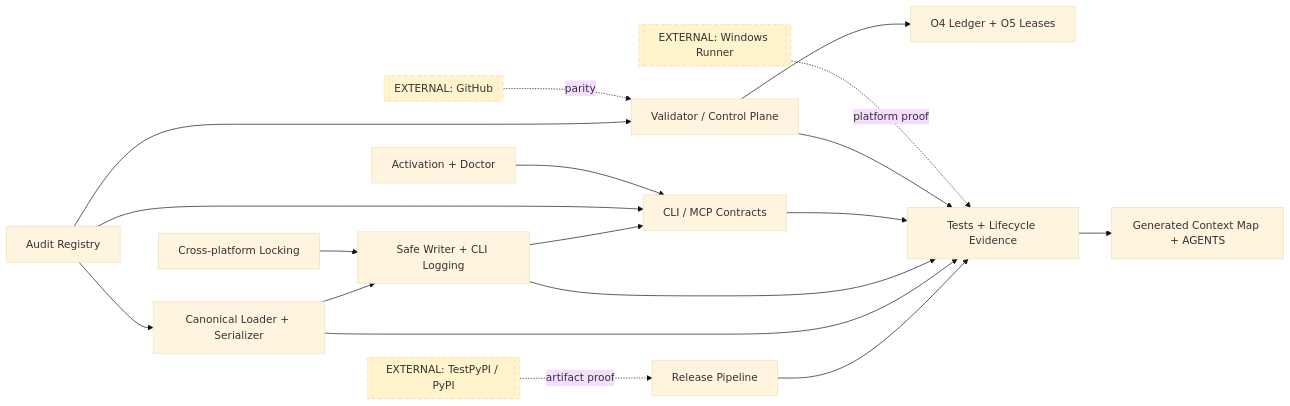
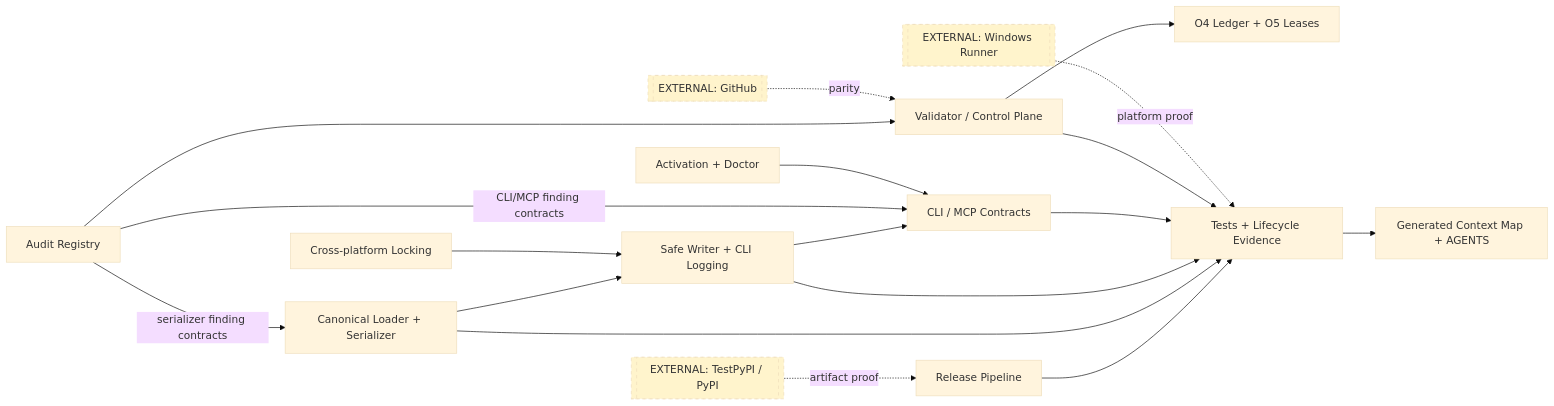
The first of 2 diagrams in docs/specs/project-ontos-audit-rebaseline-remediation-spec.md (ohjonathan/Project-Ontos), drawn with Mermaid (base theme) before and after one commit. The commit also changed other lines of this file, not shown here.

````diff
--- a/docs/specs/project-ontos-audit-rebaseline-remediation-spec.md
+++ b/docs/specs/project-ontos-audit-rebaseline-remediation-spec.md
@@ -213,22 +217,22 @@
 ```mermaid
 flowchart LR
   A["Audit Registry"] --> V["Validator / Control Plane"]
   V --> L["O4 Ledger + O5 Leases"]
   S["Canonical Loader + Serializer"] --> W["Safe Writer + CLI Logging"]
   W --> C["CLI / MCP Contracts"]
-  A --> S
-  A --> C
+  A -->|"serializer finding contracts"| S
+  A -->|"CLI/MCP finding contracts"| C
   X["Activation + Doctor"] --> C
   K["Cross-platform Locking"] --> W
   P["Release Pipeline"] --> T["Tests + Lifecycle Evidence"]
   S --> T
   W --> T
   C --> T
   V --> T
   T --> M["Generated Context Map + AGENTS"]
   G[["EXTERNAL: GitHub"]] -. parity .-> V
   R[["EXTERNAL: Windows Runner"]] -. platform proof .-> T
   Y[["EXTERNAL: TestPyPI / PyPI"]] -. artifact proof .-> P
   classDef external stroke-dasharray: 5 5,fill:#fff4cc;
   class G,R,Y external;
 ```
````
